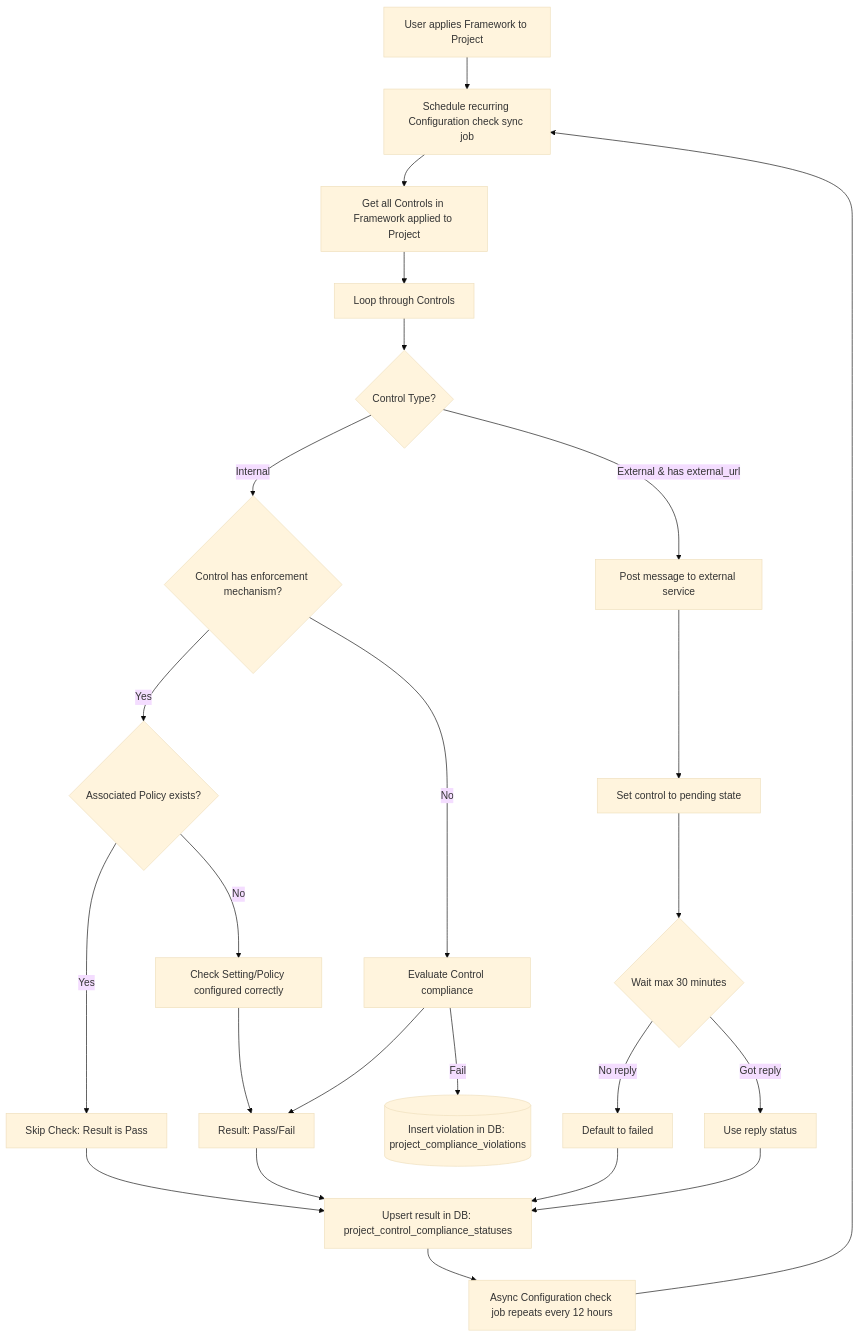
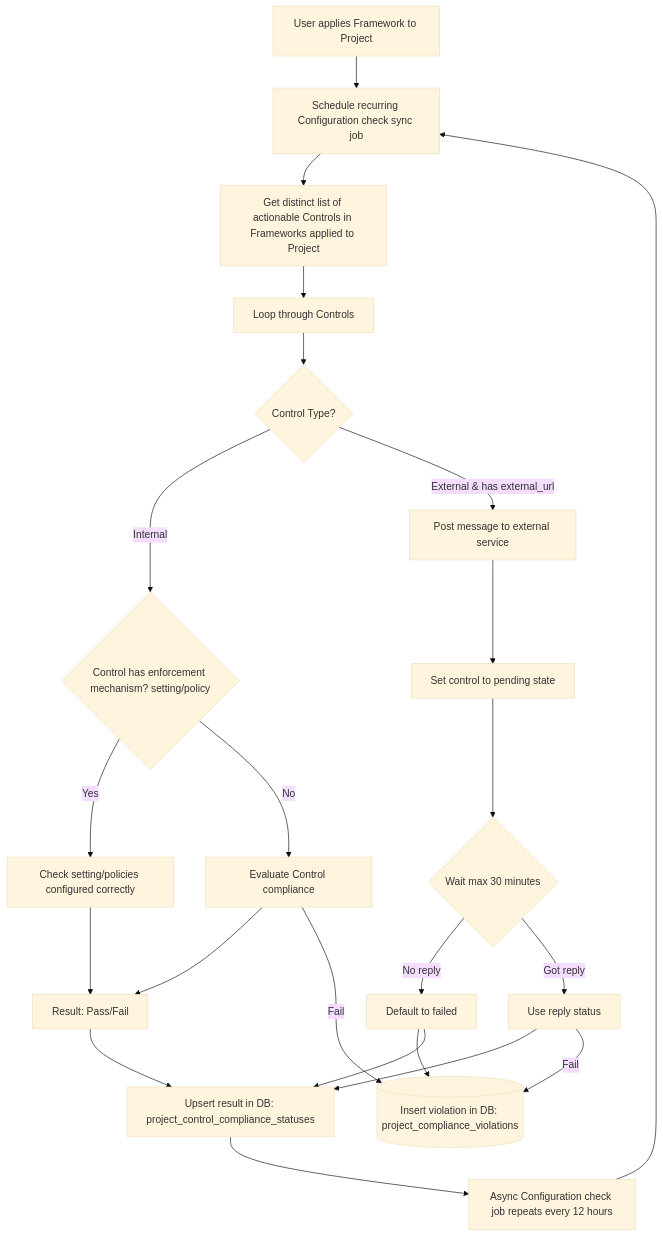
One commit to zalyoung/gitlab-handbook changed the third of 4 diagrams in content/handbook/engineering/architecture/design-documents/compliance-frameworks/_index.md. Above: the diagram before and after it, drawn with Mermaid (base theme). The commit also changed other lines of this file and 2 other files, not shown here.

Commit message:
Update Database Schema for Compliance Frameworks

````diff
--- a/content/handbook/engineering/architecture/design-documents/compliance-frameworks/_index.md
+++ b/content/handbook/engineering/architecture/design-documents/compliance-frameworks/_index.md
@@ -444,32 +457,31 @@
 ```mermaid
 flowchart TD
     F[User applies Framework to Project] --> G[Schedule recurring Configuration check sync job]
-    G --> H[Get all Controls in Framework applied to Project]
+    G --> H[Get distinct list of actionable Controls in Frameworks applied to Project]
     H --> I[Loop through Controls]
 
     I --> TYPE{Control Type?}
-    TYPE -- Internal --> J{Control has enforcement mechanism?}
+    TYPE -- Internal --> J{Control has enforcement mechanism? setting/policy}
     TYPE -- External & has external_url --> EXT[Post message to external service]
 
     EXT --> PEND[Set control to pending state]
     PEND --> WAIT{Wait max 30 minutes}
     WAIT -->|No reply| FAIL[Default to failed]
+    FAIL --> S
     WAIT -->|Got reply| REPLY[Use reply status]
 
     FAIL --> Q
     REPLY --> Q
+    REPLY -->|Fail| S
 
-    J -- Yes --> K{Associated Policy exists?}
-    K -- Yes --> L[Skip Check: Result is Pass]
-    K -- No --> M[Check Setting/Policy configured correctly]
+    J -- Yes --> M[Check setting/policies configured correctly]
     J -- No --> N[Evaluate Control compliance]
 
     M --> O[Result: Pass/Fail]
     N --> O
     O --> Q[Upsert result in DB: project_control_compliance_statuses]
-    L --> Q
     N -- Fail --> S[Insert violation in DB: project_compliance_violations]@{ shape: cyl }
 
     Q --> T[Async Configuration check job repeats every 12 hours]
     T --> G
 ```
````
